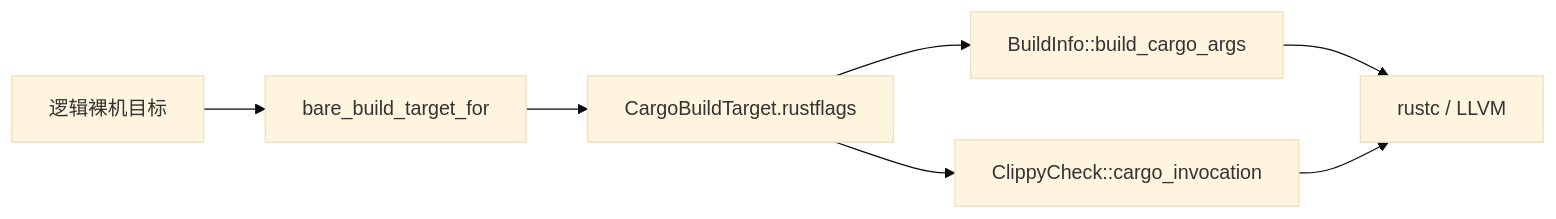
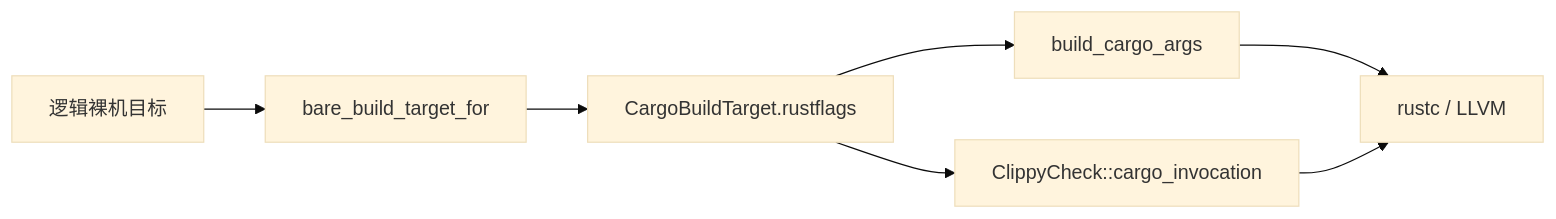
The diagram in docs/design/aarch64-inline-copy.md (rcore-os/tgoskits), drawn with Mermaid (base theme) before and after one commit. The commit also changed other lines of this file and 13 other files, not shown here.

````diff
--- a/docs/design/aarch64-inline-copy.md
+++ b/docs/design/aarch64-inline-copy.md
@@ -31,9 +31,9 @@
 ```mermaid
 flowchart LR
     T[逻辑裸机目标] --> R[bare_build_target_for]
     R --> D[CargoBuildTarget.rustflags]
-    D --> B[BuildInfo::build_cargo_args]
+    D --> B[build_cargo_args]
     D --> C[ClippyCheck::cargo_invocation]
     B --> L[rustc / LLVM]
     C --> L
 ```
````
